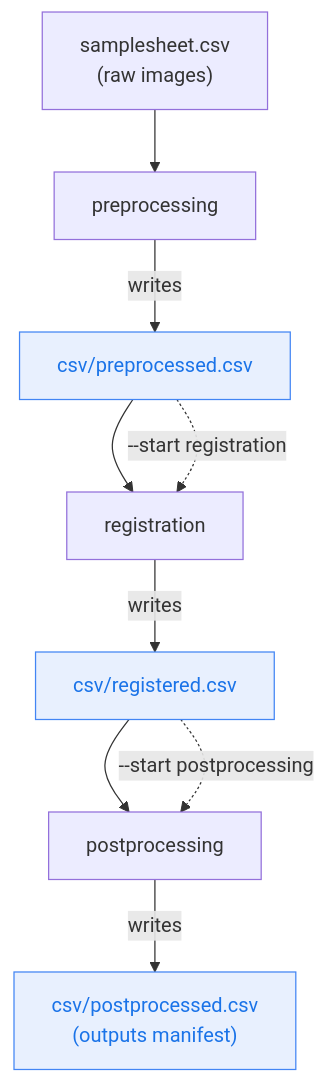
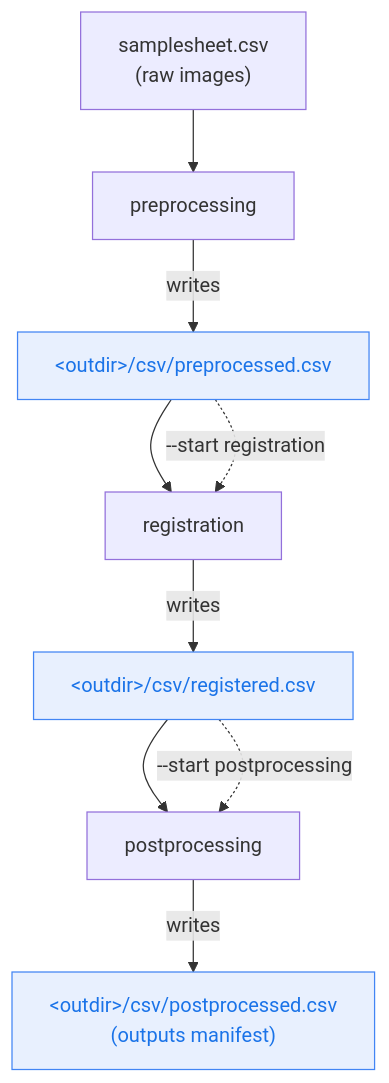
The diagram in docs/restartability_guide.md (sceriff0/ateia), drawn with Mermaid before and after one commit. The commit also changed other lines of this file and 24 other files, not shown here.

````diff
--- a/docs/restartability_guide.md
+++ b/docs/restartability_guide.md
@@ -14,15 +14,15 @@
 ```mermaid
 flowchart TD
     raw["samplesheet.csv<br/>(raw images)"] --> pre[preprocessing]
-    pre -->|writes| cp1["csv/preprocessed.csv"]
+    pre -->|writes| cp1["&lt;outdir&gt;/csv/preprocessed.csv"]
     cp1 --> reg[registration]
-    reg -->|writes| cp2["csv/registered.csv"]
+    reg -->|writes| cp2["&lt;outdir&gt;/csv/registered.csv"]
     cp2 --> post[postprocessing]
-    post -->|writes| cp3["csv/postprocessed.csv<br/>(outputs manifest)"]
+    post -->|writes| cp3["&lt;outdir&gt;/csv/postprocessed.csv<br/>(outputs manifest)"]
 
     cp1 -.->|--start registration| reg
     cp2 -.->|--start postprocessing| post
 
     classDef ck fill:#e8f0fe,stroke:#4285f4,color:#1a73e8;
     class cp1,cp2,cp3 ck;
 ```
````
